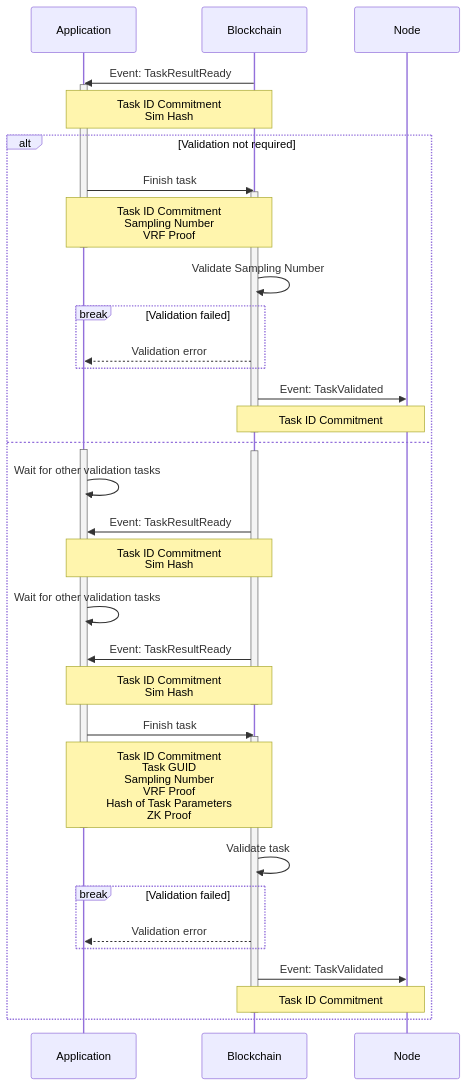
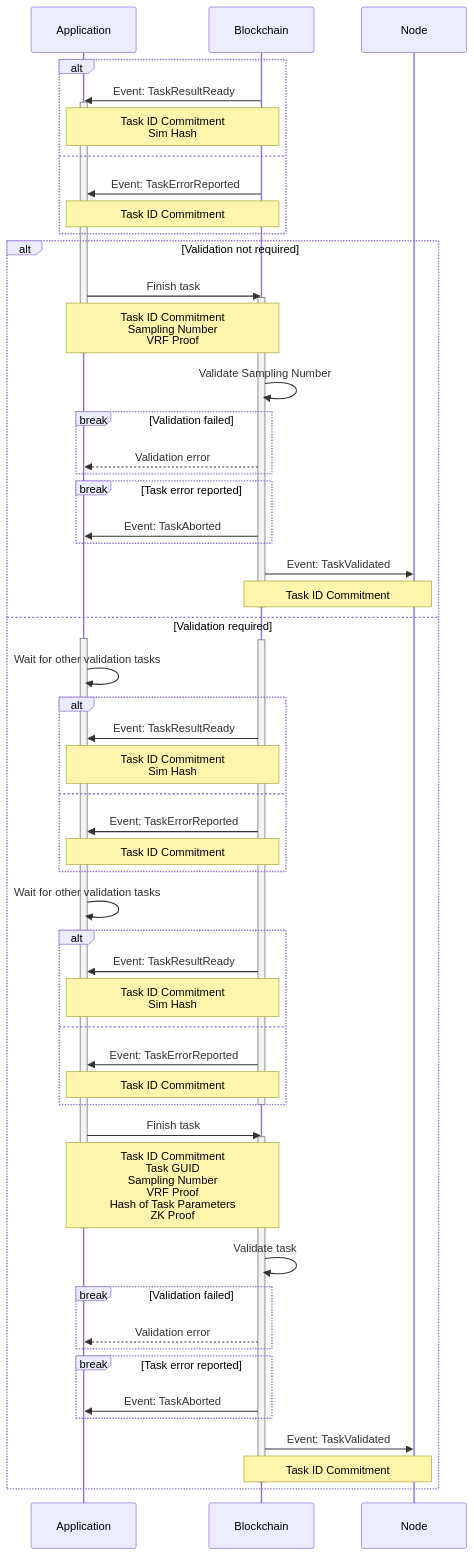
Before and after one commit to crynux-ai/documentation: the third of 4 diagrams in gitbook/system-design/task-lifecycle.md, drawn with Mermaid. The commit also changed other lines of this file, not shown here.

Commit message:
GITBOOK-281: No subject

````diff
--- a/gitbook/system-design/task-lifecycle.md
+++ b/gitbook/system-design/task-lifecycle.md
@@ -186,47 +186,74 @@
 ```mermaid
 sequenceDiagram
     Participant A as Application
     Participant B as Blockchain
     Participant N as Node
 
-    B ->> A: Event: TaskResultReady
-    activate A
-    Note over A,B: Task ID Commitment<br />Sim Hash
+    alt
+        B ->> A: Event: TaskResultReady
+        activate A
+        Note over A,B: Task ID Commitment<br />Sim Hash
+    else
+        B ->> A: Event: TaskErrorReported
+        Note over A,B: Task ID Commitment
+    end
 
     alt Validation not required
         A ->> B: Finish task
         activate B
         Note over A,B: Task ID Commitment<br/>Sampling Number<br/>VRF Proof
         deactivate A
         B ->> B: Validate Sampling Number
         break Validation failed
             B -->> A: Validation error 
         end
+        break Task error reported
+            B ->> A: Event: TaskAborted
+        end
+
         B ->> N: Event: TaskValidated
         Note over B,N: Task ID Commitment
+        
         deactivate B
-    else
+    else Validation required
         activate A
         activate B
         A ->> A: Wait for other validation tasks
-        B ->> A: Event: TaskResultReady
-        Note over A,B: Task ID Commitment<br />Sim Hash
+        
+        alt
+            B ->> A: Event: TaskResultReady
+            Note over A,B: Task ID Commitment<br />Sim Hash
+        else
+            B ->> A: Event: TaskErrorReported
+            Note over A,B: Task ID Commitment
+        end
+
         A ->> A: Wait for other validation tasks
-        B ->> A: Event: TaskResultReady
-        Note over A,B: Task ID Commitment<br />Sim Hash
+        
+        alt
+            B ->> A: Event: TaskResultReady
+            Note over A,B: Task ID Commitment<br />Sim Hash
+        else
+            B ->> A: Event: TaskErrorReported
+            Note over A,B: Task ID Commitment
+        end
+
         deactivate B
 
         A ->> B: Finish task
         activate B
         Note over A,B: Task ID Commitment<br/>Task GUID<br/>Sampling Number<br/>VRF Proof<br/>Hash of Task Parameters<br/>ZK Proof
         deactivate A
         B ->> B: Validate task
         break Validation failed
             B -->> A: Validation error 
         end
+        break Task error reported
+            B ->> A: Event: TaskAborted
+        end
         B ->> N: Event: TaskValidated
         Note over B,N: Task ID Commitment
         deactivate B
     end
     
 ```
````
